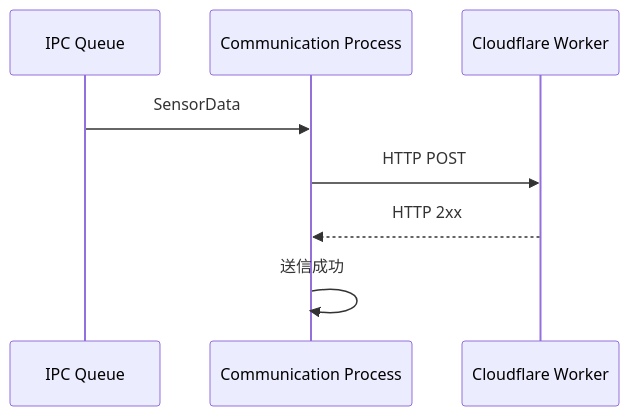
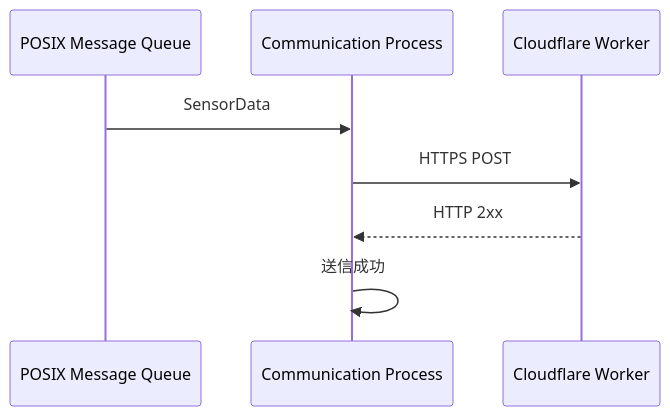
Diagram 14 of 15 in docs/04_data_ipc_communication.md (yujimasuda77777/Raspberry_Pi_4B_Edge_IoT_System), drawn with Mermaid before and after one commit. The commit also changed other lines of this file and 1 other file, not shown here.

````diff
--- a/docs/04_data_ipc_communication.md
+++ b/docs/04_data_ipc_communication.md
@@ -931,11 +950,11 @@
-```mermaid id="3i8p8n"
+```mermaid
 sequenceDiagram
-    participant Q as IPC Queue
+    participant Q as POSIX Message Queue
     participant C as Communication Process
     participant W as Cloudflare Worker
 
     Q->>C: SensorData
-    C->>W: HTTP POST
+    C->>W: HTTPS POST
     W-->>C: HTTP 2xx
     C->>C: 送信成功
 ```
````
